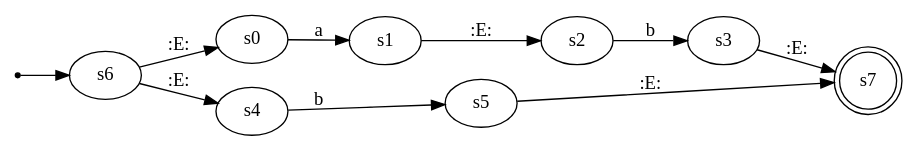
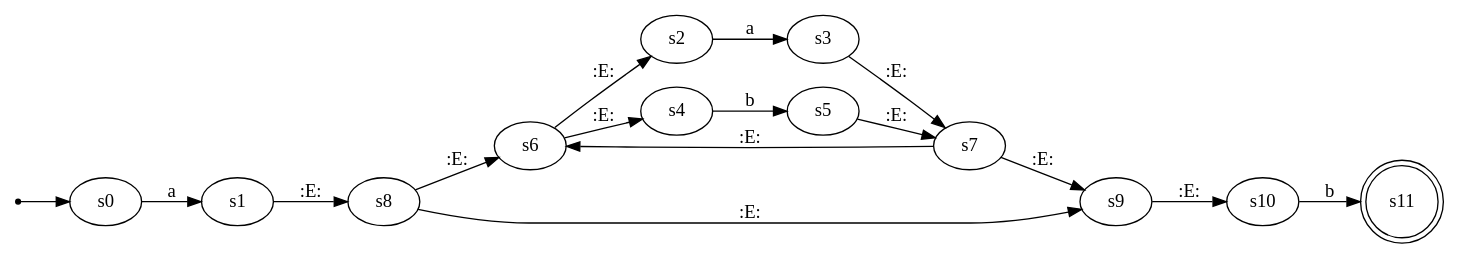
Before and after one commit to ahmetfurkaann/OtomataProje: the diagram in Graphviz.dot, drawn with Graphviz. The commit also changed 21 other files, not shown here.

```diff
--- a/Graphviz.dot
+++ b/Graphviz.dot
@@ -1,14 +1,20 @@
 digraph "graph" {
 rankdir = LR;
 start [shape=point]
-start -> s6
-s7[shape= doublecircle]
+start -> s0
+s11[shape= doublecircle]
 s0 -> s1 [label= "a"]
-s2 -> s3 [label= "b"]
-s1 -> s2 [label= ":E:"]
+s2 -> s3 [label= "a"]
 s4 -> s5 [label= "b"]
-s6 -> s0 [label= ":E:"]
+s6 -> s2 [label= ":E:"]
 s6 -> s4 [label= ":E:"]
 s3 -> s7 [label= ":E:"]
 s5 -> s7 [label= ":E:"]
+s8 -> s9 [label= ":E:"]
+s8 -> s6 [label= ":E:"]
+s7 -> s9 [label= ":E:"]
+s7 -> s6 [label= ":E:"]
+s1 -> s8 [label= ":E:"]
+s10 -> s11 [label= "b"]
+s9 -> s10 [label= ":E:"]
 }
```
